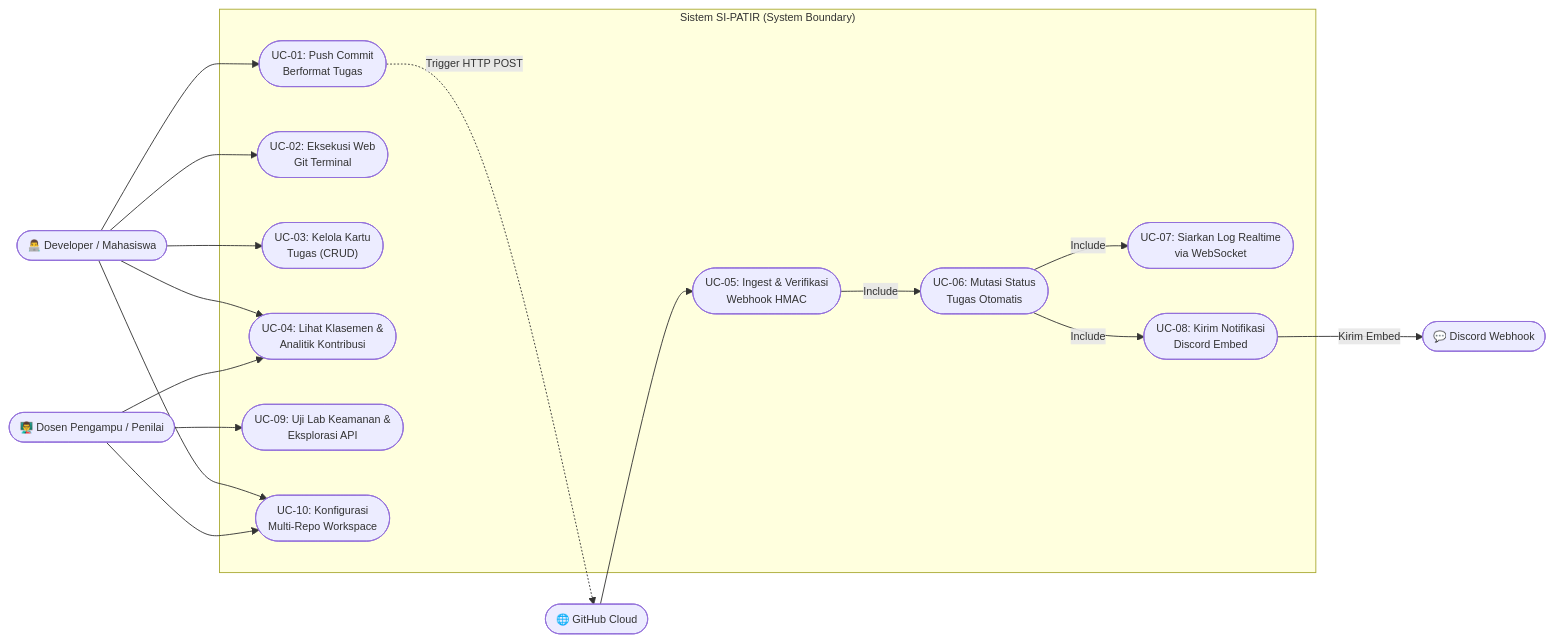
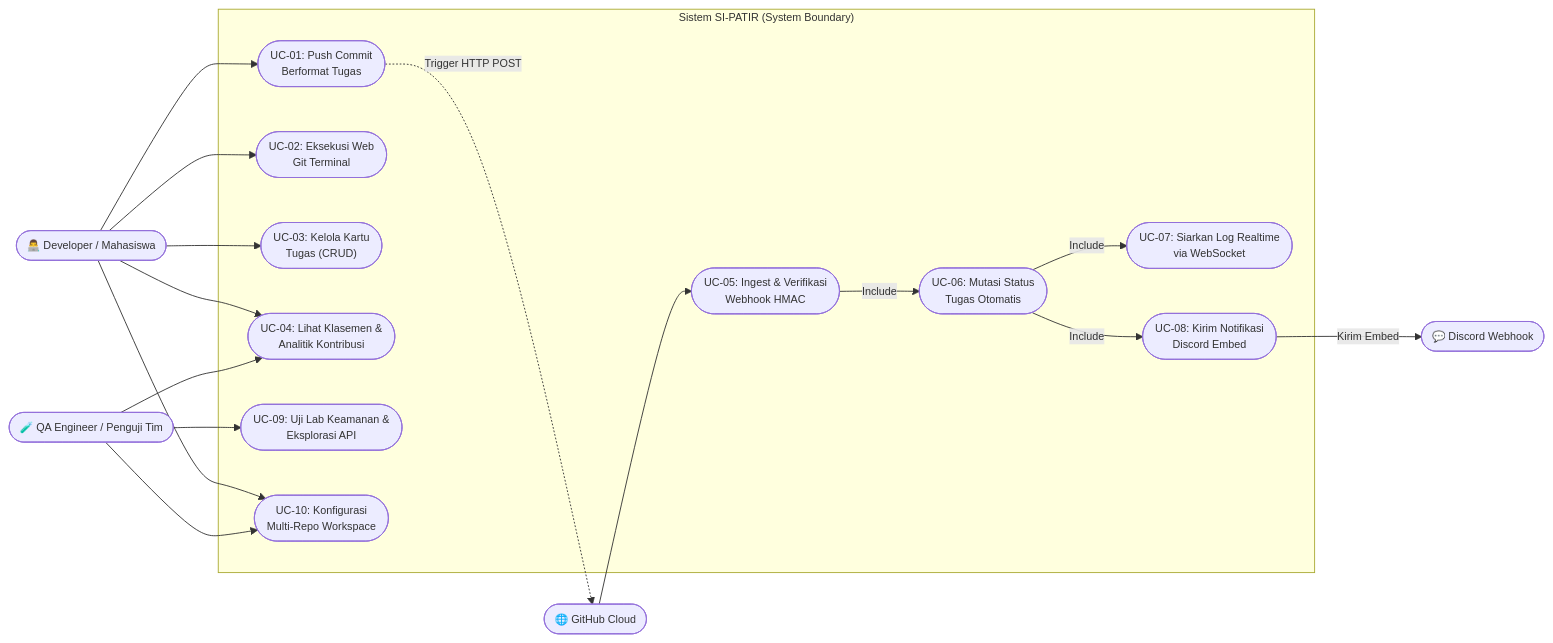
Before and after one commit to denoyey/si-patir: the first of 6 diagrams in docs/academic/DIAGRAM-ARSITEKTUR-UML.md, drawn with Mermaid. The commit also changed other lines of this file and 4 other files, not shown here.

Commit message:
docs(uml): replace lecturer actor with internal QA engineer tester across UML diagrams and web docs

````diff
--- a/docs/academic/DIAGRAM-ARSITEKTUR-UML.md
+++ b/docs/academic/DIAGRAM-ARSITEKTUR-UML.md
@@ -29,44 +29,44 @@
 ```mermaid
 %%{init: {'theme': 'default', 'themeVariables': { 'fontSize': '12px' }}}%%
 flowchart LR
     %% Actors
     dev(["👨‍💻 Developer / Mahasiswa"])
-    lecturer(["👨‍🏫 Dosen Pengampu / Penilai"])
+    tester(["🧪 QA Engineer / Penguji Tim"])
     github(["🌐 GitHub Cloud"])
     discord(["💬 Discord Webhook"])
 
     subgraph SIPATIR ["Sistem SI-PATIR (System Boundary)"]
         UC1(["UC-01: Push Commit<br/>Berformat Tugas"])
         UC2(["UC-02: Eksekusi Web<br/>Git Terminal"])
         UC3(["UC-03: Kelola Kartu<br/>Tugas (CRUD)"])
         UC4(["UC-04: Lihat Klasemen &<br/>Analitik Kontribusi"])
         UC5(["UC-05: Ingest & Verifikasi<br/>Webhook HMAC"])
         UC6(["UC-06: Mutasi Status<br/>Tugas Otomatis"])
         UC7(["UC-07: Siarkan Log Realtime<br/>via WebSocket"])
         UC8(["UC-08: Kirim Notifikasi<br/>Discord Embed"])
         UC9(["UC-09: Uji Lab Keamanan &<br/>Eksplorasi API"])
         UC10(["UC-10: Konfigurasi<br/>Multi-Repo Workspace"])
     end
 
     %% Developer Relations
     dev --> UC1
     dev --> UC2
     dev --> UC3
     dev --> UC4
     dev --> UC10
 
     %% GitHub Relations
     UC1 -.->|Trigger HTTP POST| github
     github --> UC5
 
     %% Internal System Relations
     UC5 -->|Include| UC6
     UC6 -->|Include| UC7
     UC6 -->|Include| UC8
     UC8 -->|Kirim Embed| discord
 
-    %% Lecturer / Reviewer Relations
-    lecturer --> UC4
-    lecturer --> UC9
-    lecturer --> UC10
+    %% QA / Tester Relations
+    tester --> UC4
+    tester --> UC9
+    tester --> UC10
 ```
````
